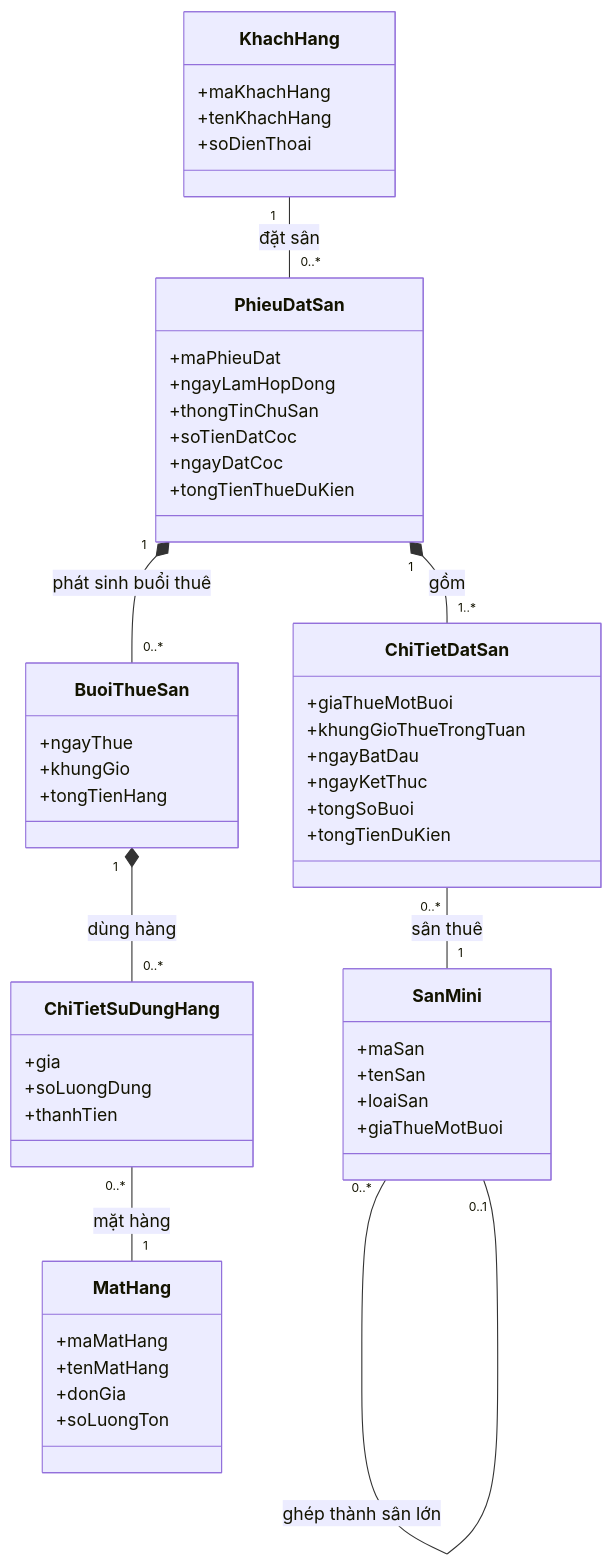
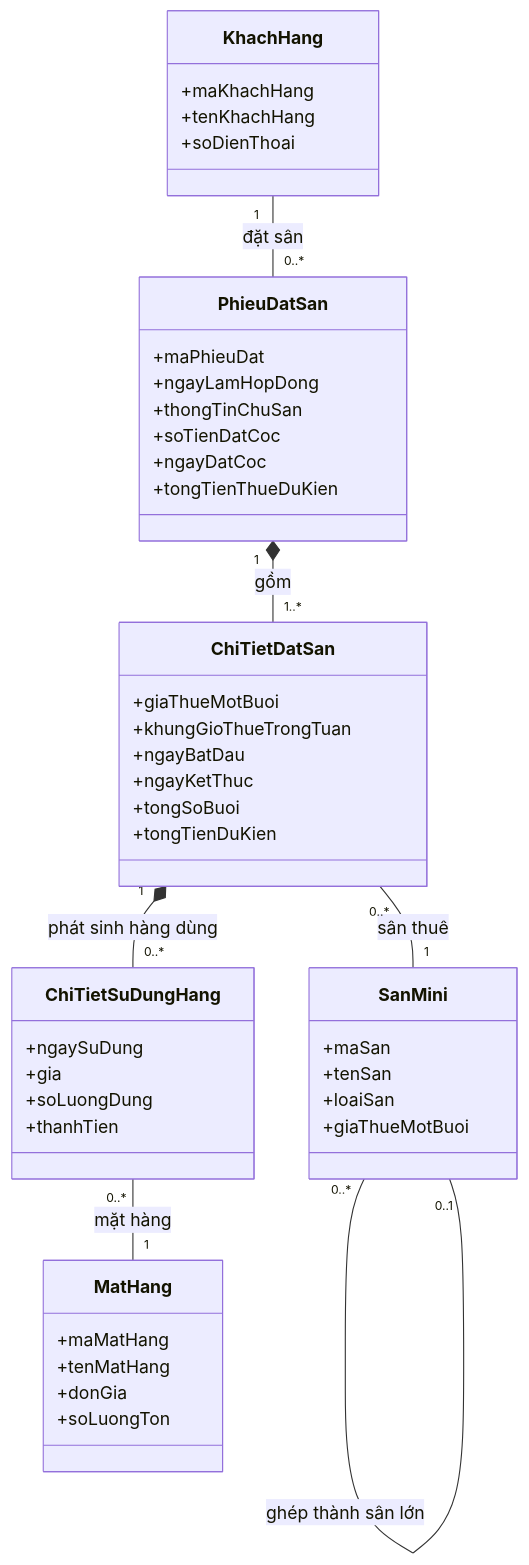
Before and after one commit to AnhLM027/NMCNPM_Final: the diagram in ChuDe_11_QuanLySanBongMini/De_52_CapNhatHangSuDung/c2.mmd, drawn with Mermaid. The commit also changed 37 other files, not shown here.

```diff
--- a/ChuDe_11_QuanLySanBongMini/De_52_CapNhatHangSuDung/c2.mmd
+++ b/ChuDe_11_QuanLySanBongMini/De_52_CapNhatHangSuDung/c2.mmd
@@ -1,65 +1,58 @@
 %% De_52 - Cập nhật các mặt hàng đã dùng của buổi thuê
 classDiagram
     class SanMini {
         +maSan
         +tenSan
         +loaiSan
         +giaThueMotBuoi
     }
 
 
     class KhachHang {
         +maKhachHang
         +tenKhachHang
         +soDienThoai
     }
 
 
     class PhieuDatSan {
         +maPhieuDat
         +ngayLamHopDong
         +thongTinChuSan
         +soTienDatCoc
         +ngayDatCoc
         +tongTienThueDuKien
     }
 
 
     class ChiTietDatSan {
         +giaThueMotBuoi
         +khungGioThueTrongTuan
         +ngayBatDau
         +ngayKetThuc
         +tongSoBuoi
         +tongTienDuKien
     }
 
 
-    class BuoiThueSan {
-        +ngayThue
-        +khungGio
-        +tongTienHang
-    }
-
-
     class MatHang {
         +maMatHang
         +tenMatHang
         +donGia
         +soLuongTon
     }
 
 
     class ChiTietSuDungHang {
+        +ngaySuDung
         +gia
         +soLuongDung
         +thanhTien
     }
 
     SanMini "0..*" -- "0..1" SanMini : ghép thành sân lớn
     KhachHang "1" -- "0..*" PhieuDatSan : đặt sân
     PhieuDatSan "1" *-- "1..*" ChiTietDatSan : gồm
     ChiTietDatSan "0..*" -- "1" SanMini : sân thuê
-    PhieuDatSan "1" *-- "0..*" BuoiThueSan : phát sinh buổi thuê
-    BuoiThueSan "1" *-- "0..*" ChiTietSuDungHang : dùng hàng
+    ChiTietDatSan "1" *-- "0..*" ChiTietSuDungHang : phát sinh hàng dùng
     ChiTietSuDungHang "0..*" -- "1" MatHang : mặt hàng
```
